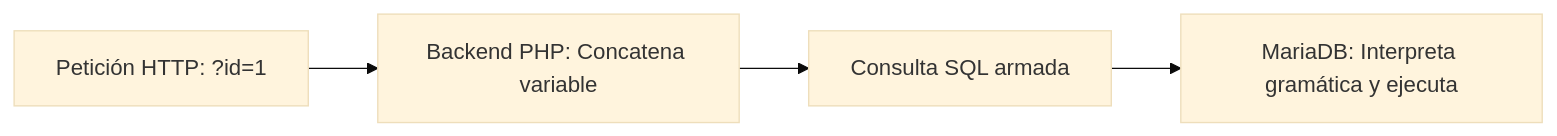
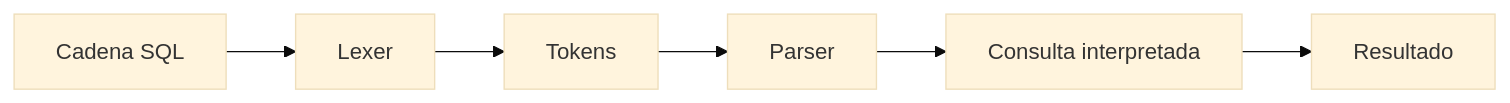
The sixth of 6 diagrams in pentesting-web/02-sql-injection/01-fundamentos-sql/README.md (purpesec/Cybersecurity-For-Beginners), drawn with Mermaid (base theme) before and after one commit. The commit also changed other lines of this file and 8 other files, not shown here.

````diff
--- a/pentesting-web/02-sql-injection/01-fundamentos-sql/README.md
+++ b/pentesting-web/02-sql-injection/01-fundamentos-sql/README.md
@@ -319,6 +204,8 @@
 ```mermaid
 flowchart LR
-    A["Petición HTTP: ?id=1"] --> B["Backend PHP: Concatena variable"]
-    B --> C["Consulta SQL armada"]
-    C --> D["MariaDB: Interpreta gramática y ejecuta"]
+    A[Cadena SQL] --> B[Lexer]
+    B --> C[Tokens]
+    C --> D[Parser]
+    D --> E[Consulta interpretada]
+    E --> F[Resultado]
 ```
````
